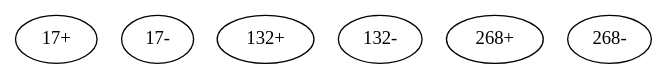
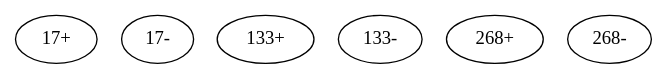
The diagram in .tests/unit/abyss/expected/home/lobinu/git_repos/FSP_assembly_benchmarking/results/048ds/abyss/abyss-6.path.dot (LiaOb21/FSP_assembly_benchmarking), drawn with Graphviz before and after one commit. The commit also changed 214 other files, not shown here.

```diff
--- a/.tests/unit/abyss/expected/home/lobinu/git_repos/FSP_assembly_benchmarking/results/048ds/abyss/abyss-6.path.dot
+++ b/.tests/unit/abyss/expected/home/lobinu/git_repos/FSP_assembly_benchmarking/results/048ds/abyss/abyss-6.path.dot
@@ -1,10 +1,10 @@
 digraph adj {
 graph [k=21]
 edge [d=-20]
 "17+" [l=125]
 "17-" [l=125]
-"132+" [l=101]
-"132-" [l=101]
+"133+" [l=101]
+"133-" [l=101]
 "268+" [l=149]
 "268-" [l=149]
 }
```
